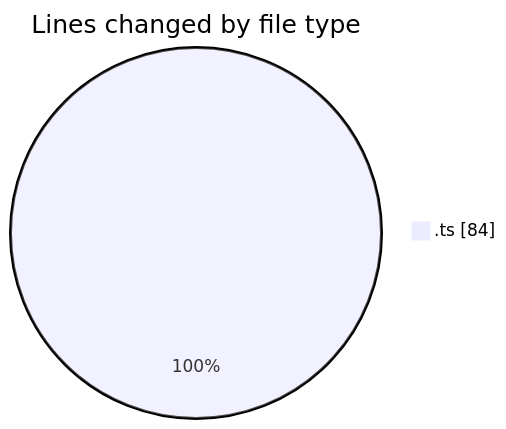
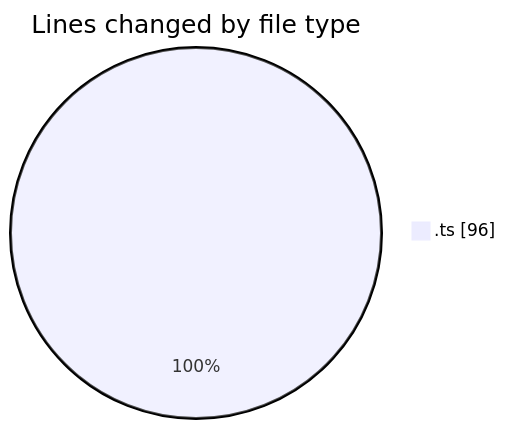
The first of 2 diagrams in 2025-05-30/cda/README.md (momahboobian/code-tracking), drawn with Mermaid before and after one commit. The commit also changed other lines of this file and 1 other file, not shown here.

````diff
--- a/2025-05-30/cda/README.md
+++ b/2025-05-30/cda/README.md
@@ -20,5 +20,5 @@
 ```mermaid
 pie showData
 title Lines changed by file type
-".ts" : 84
+".ts" : 96
 ```
````
